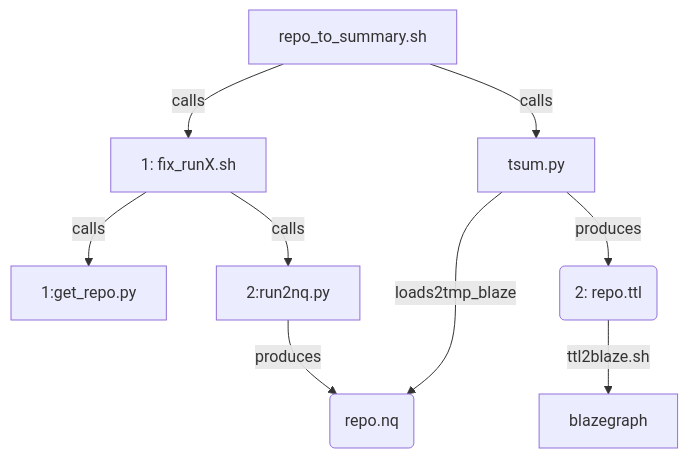
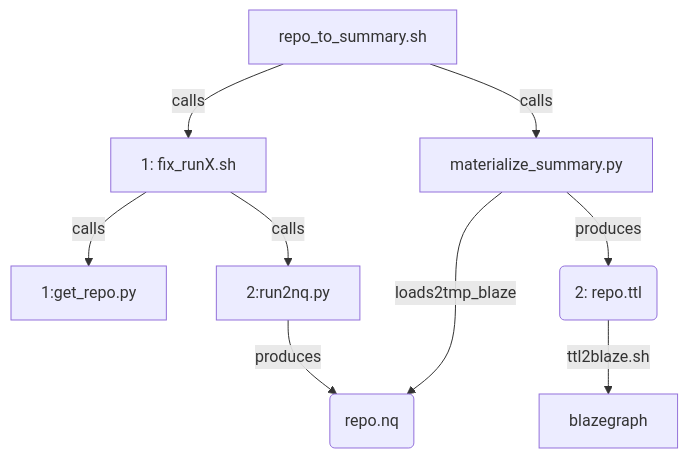
One commit to earthcube/earthcube_utilities changed the diagram in summarize/docs/call.md. Above: the diagram before and after it, drawn with Mermaid.

Commit message:
Update call.md
tsum.py materialze_summary.py to be in line w/ https://github.com/earthcube/earthcube_utilities/blob/dev/summarize/v2_proposal.md#workflow check to see if other changes

````diff
--- a/summarize/docs/call.md
+++ b/summarize/docs/call.md
@@ -5,9 +5,9 @@
 ```mermaid
 flowchart TD;
 R2S[repo_to_summary.sh]  -- calls --> G[1: fix_runX.sh];
 G -- calls --> gr[1:get_repo.py]
 G -- calls --> r2n[2:run2nq.py];
 r2n -- produces --> nq(repo.nq);
-R2S -- calls -->  F2[tsum.py] -- loads2tmp_blaze --> nq;
+R2S -- calls -->  F2[materialize_summary.py] -- loads2tmp_blaze --> nq;
 F2 -- produces --> RT(2: repo.ttl) -- ttl2blaze.sh --> B[blazegraph];
 ```
````
